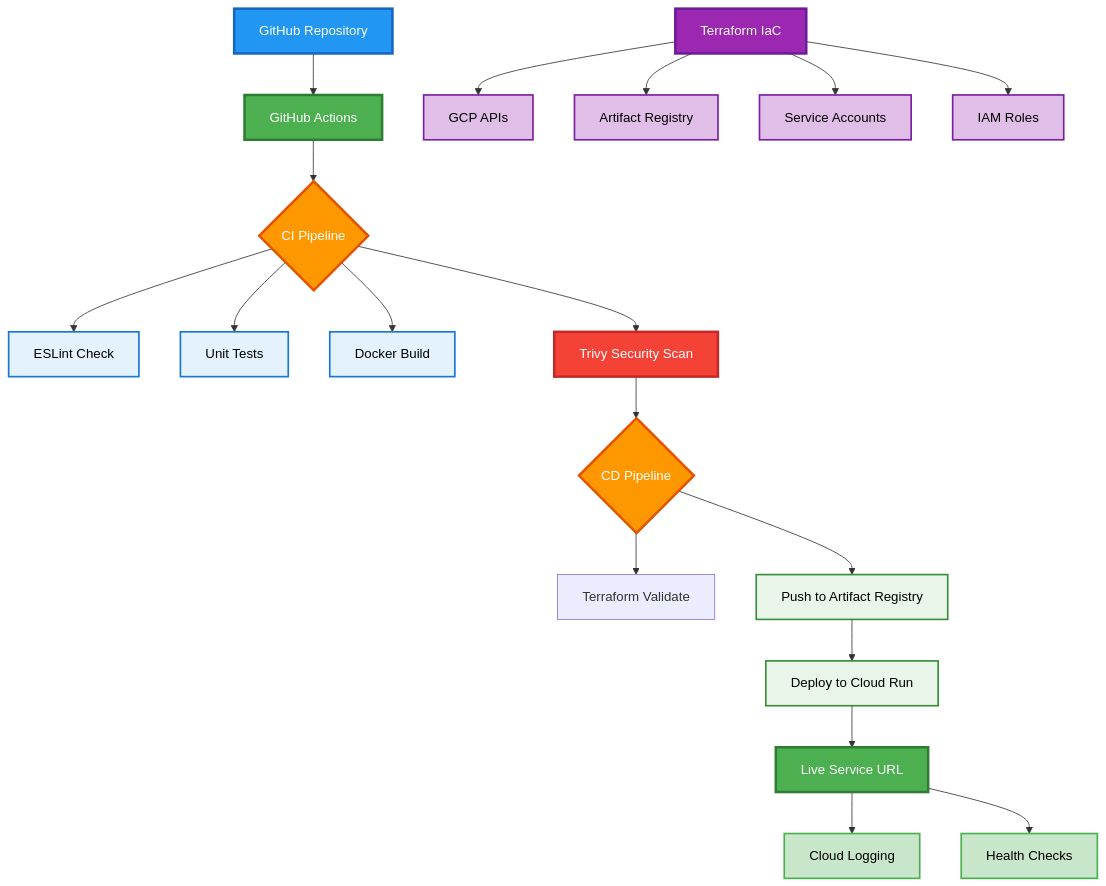
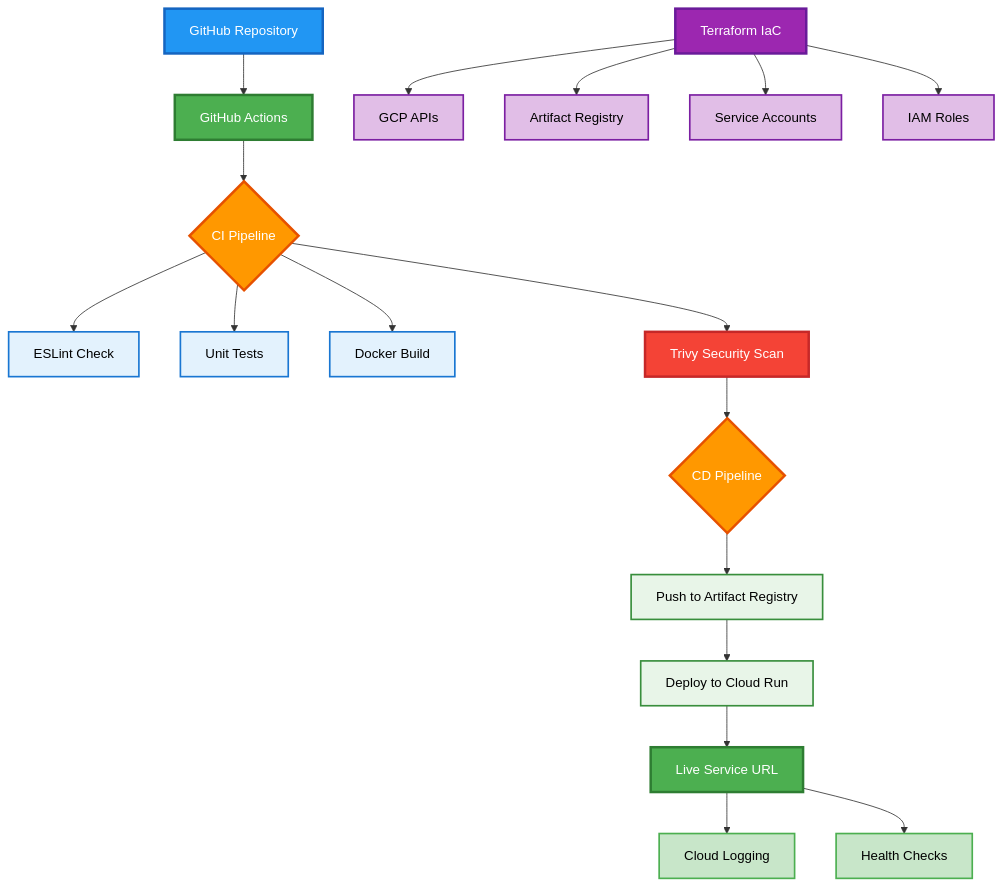
The diagram in README.md (Kenhalo/simple-web-api-devops-flows), drawn with Mermaid before and after one commit. The commit also changed other lines of this file and 1 other file, not shown here.

````diff
--- a/README.md
+++ b/README.md
@@ -20,55 +20,54 @@
 ```mermaid
 graph TB
     A[GitHub Repository] --> B[GitHub Actions]
     B --> C{CI Pipeline}
     C --> D[ESLint Check]
     C --> E[Unit Tests]
     C --> F[Docker Build]
     C --> G[Trivy Security Scan]
     
     G --> H{CD Pipeline}
-    H --> I[Terraform Validate]
     H --> J[Push to Artifact Registry]
     J --> K[Deploy to Cloud Run]
     
     L[Terraform IaC] --> M[GCP APIs]
     L --> N[Artifact Registry]
     L --> O[Service Accounts]
     L --> P[IAM Roles]
     
     K --> Q[Live Service URL]
     Q --> R[Cloud Logging]
     Q --> S[Health Checks]
     
     %% Source Control
     style A fill:#2196F3,stroke:#1565C0,stroke-width:3px,color:#fff
     
     %% CI/CD Pipeline
     style B fill:#4CAF50,stroke:#2E7D32,stroke-width:3px,color:#fff
     style C fill:#FF9800,stroke:#E65100,stroke-width:3px,color:#fff
     style H fill:#FF9800,stroke:#E65100,stroke-width:3px,color:#fff
     
     %% CI Steps
     style D fill:#E3F2FD,stroke:#1976D2,stroke-width:2px,color:#000
     style E fill:#E3F2FD,stroke:#1976D2,stroke-width:2px,color:#000
     style F fill:#E3F2FD,stroke:#1976D2,stroke-width:2px,color:#000
     
     %% Security
     style G fill:#F44336,stroke:#C62828,stroke-width:3px,color:#fff
     
     %% Infrastructure
     style L fill:#9C27B0,stroke:#6A1B9A,stroke-width:3px,color:#fff
     style M fill:#E1BEE7,stroke:#7B1FA2,stroke-width:2px,color:#000
     style N fill:#E1BEE7,stroke:#7B1FA2,stroke-width:2px,color:#000
     style O fill:#E1BEE7,stroke:#7B1FA2,stroke-width:2px,color:#000
     style P fill:#E1BEE7,stroke:#7B1FA2,stroke-width:2px,color:#000
     
     %% CD Steps
     style J fill:#E8F5E8,stroke:#388E3C,stroke-width:2px,color:#000
     style K fill:#E8F5E8,stroke:#388E3C,stroke-width:2px,color:#000
     
     %% Production
     style Q fill:#4CAF50,stroke:#2E7D32,stroke-width:3px,color:#fff
     style R fill:#C8E6C9,stroke:#4CAF50,stroke-width:2px,color:#000
     style S fill:#C8E6C9,stroke:#4CAF50,stroke-width:2px,color:#000
 ```
````
